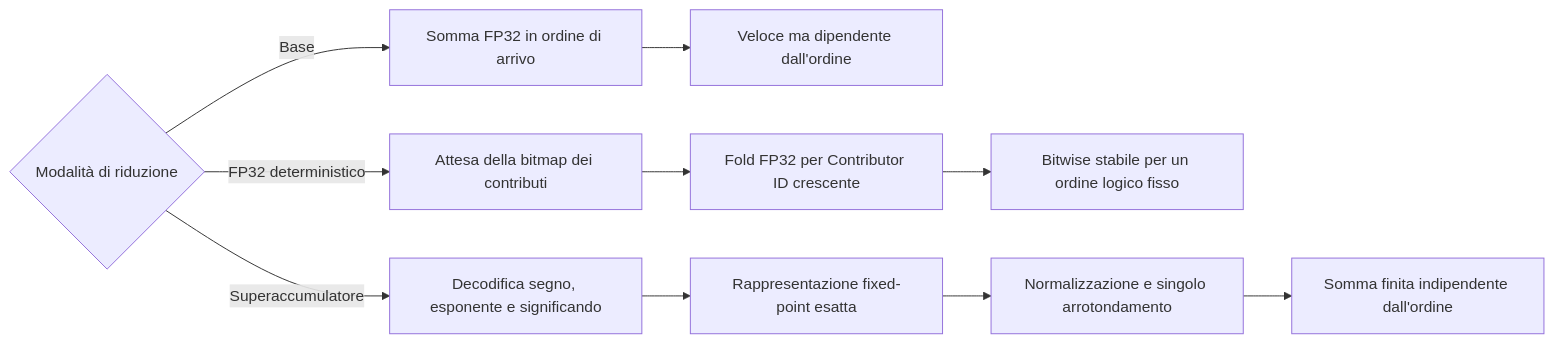
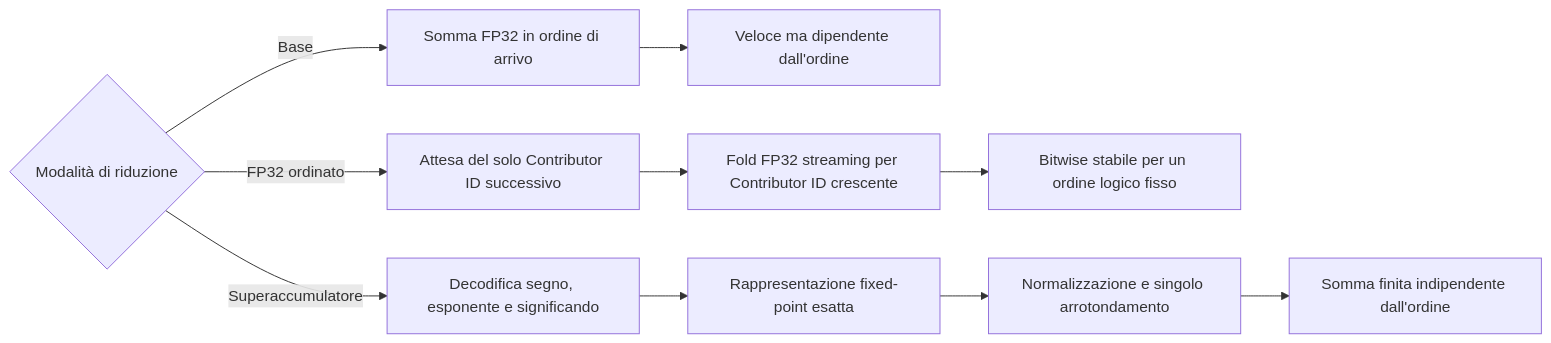
The diagram in docs/chapters/1-introduction/reproducibility.it.md (uniquadev/prism), drawn with Mermaid before and after one commit. The commit also changed other lines of this file and 48 other files, not shown here.

````diff
--- a/docs/chapters/1-introduction/reproducibility.it.md
+++ b/docs/chapters/1-introduction/reproducibility.it.md
@@ -43,16 +43,16 @@
 ```mermaid
 flowchart LR
     S{Modalità di riduzione}
 
     S -->|Base| B[Somma FP32 in ordine di arrivo]
     B --> O1[Veloce ma dipendente dall'ordine]
 
-    S -->|FP32 deterministico| C[Attesa della bitmap dei contributi]
-    C --> D[Fold FP32 per Contributor ID crescente]
+    S -->|FP32 ordinato| C[Attesa del solo Contributor ID successivo]
+    C --> D[Fold FP32 streaming per Contributor ID crescente]
     D --> O2[Bitwise stabile per un ordine logico fisso]
 
     S -->|Superaccumulatore| E[Decodifica segno, esponente e significando]
     E --> F[Rappresentazione fixed-point esatta]
     F --> G[Normalizzazione e singolo arrotondamento]
     G --> O3[Somma finita indipendente dall'ordine]
 ```
````
